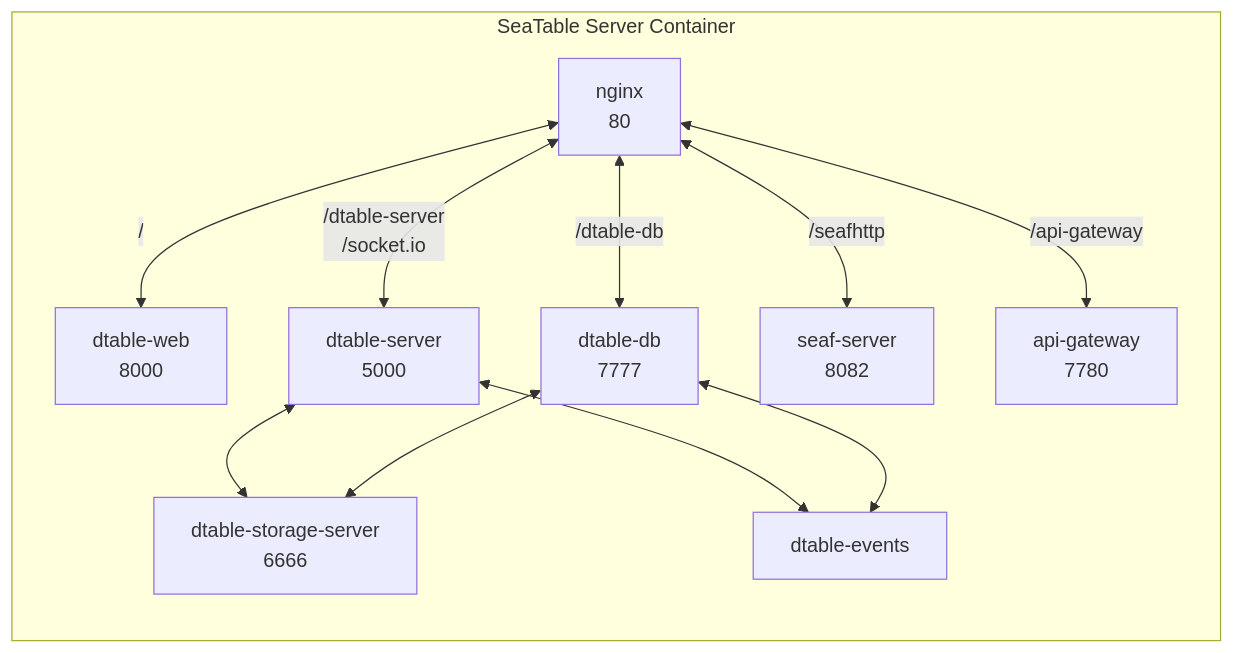
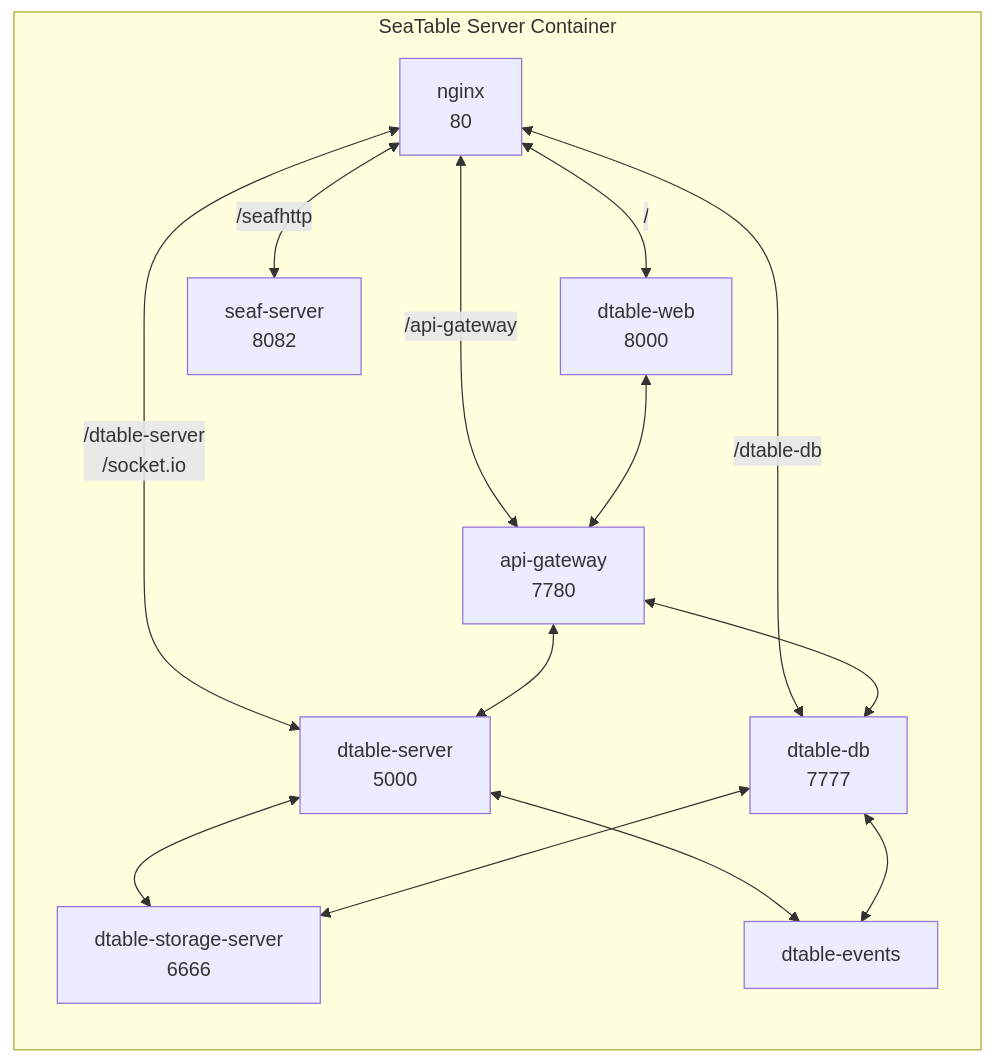
The second of 2 diagrams in docs/introduction/architecture.md (seatable/seatable-admin-docs), drawn with Mermaid before and after one commit.

Commit message:
Update architecture.md
Added links between api-gateway and other components in seatable-server container

````diff
--- a/docs/introduction/architecture.md
+++ b/docs/introduction/architecture.md
@@ -43,22 +43,25 @@
 ```mermaid
 flowchart LR
     subgraph s[SeaTable Server Container]
         A[nginx<br/>80]
         B[dtable-web<br/>8000]
         C[dtable-server<br/>5000]
         D[dtable-db<br/>7777]
         E[seaf-server<br/>8082]
         G[dtable-events]
         F[dtable-storage-server<br/>6666]
         H[api-gateway<br/>7780]
         A<-- / -->B
         A<-- /dtable-server<br/>/socket.io -->C
         A<-- /dtable-db -->D
         A<-- /seafhttp -->E
         A<-- /api-gateway -->H
         C<-->F
         D<-->F
         C<-->G
         D<-->G
+        B<-->H
+        H<-->C
+        H<-->D
     end
 ```
````
